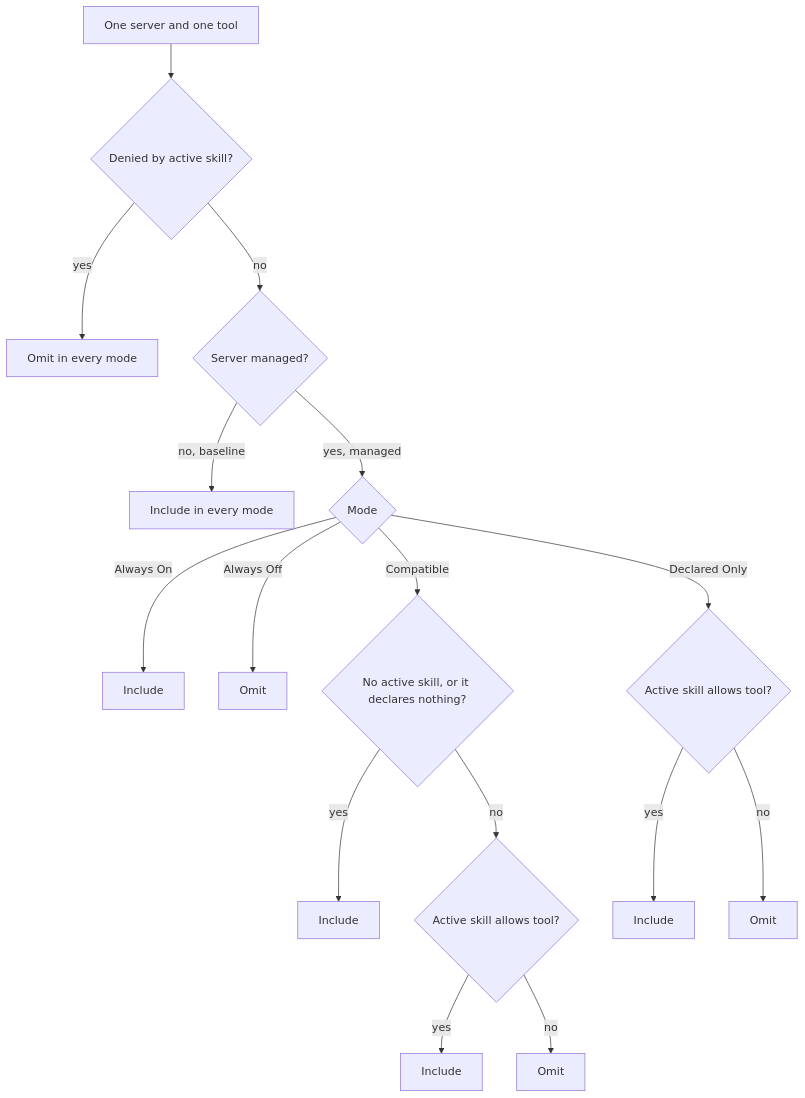
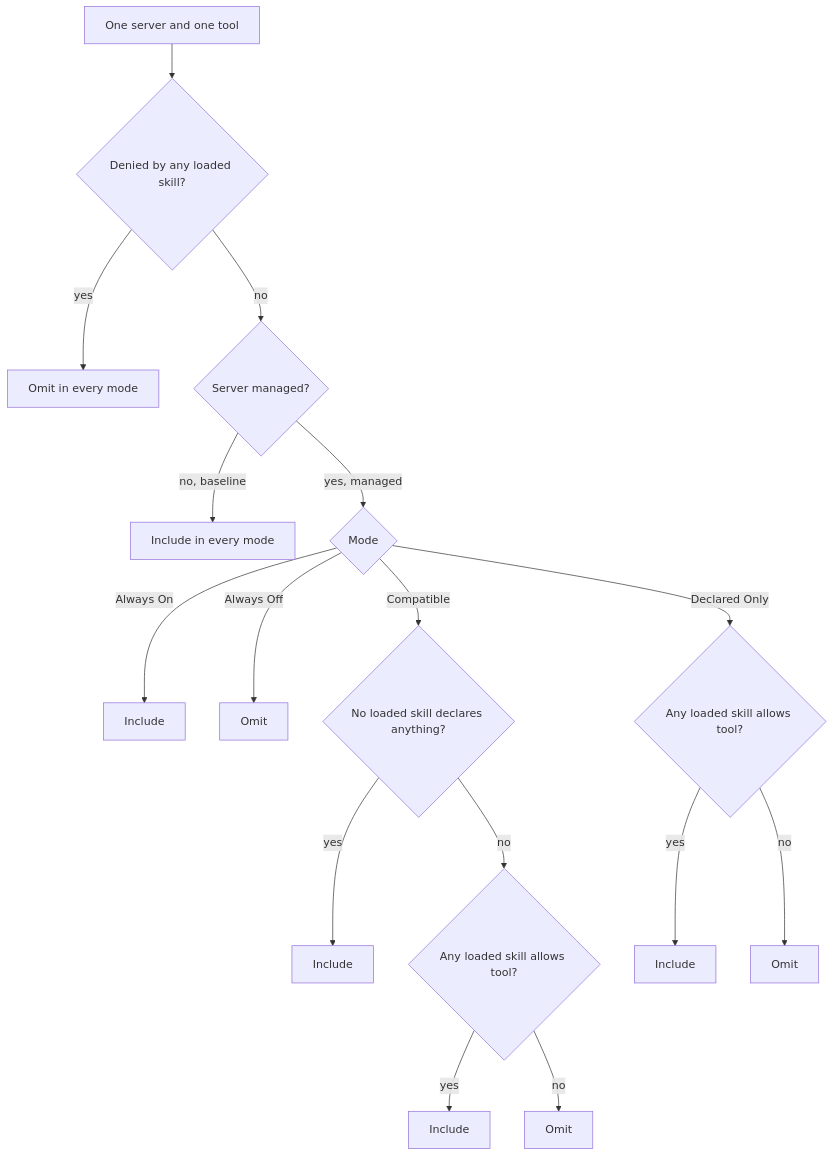
One commit to rcamarda390/cline changed the first of 3 diagrams in docs/features/optional-mcp-tools-how-it-works.mdx. Above: the diagram before and after it, drawn with Mermaid. The commit also changed other lines of this file and 17 other files, not shown here.

````diff
--- a/docs/features/optional-mcp-tools-how-it-works.mdx
+++ b/docs/features/optional-mcp-tools-how-it-works.mdx
@@ -86,18 +86,18 @@
 ```mermaid
 flowchart TD
-    A["One server and one tool"] --> B{"Denied by active skill?"}
+    A["One server and one tool"] --> B{"Denied by any loaded skill?"}
     B -- yes --> X1["Omit in every mode"]
     B -- no --> C{"Server managed?"}
     C -- "no, baseline" --> I0["Include in every mode"]
     C -- "yes, managed" --> D{"Mode"}
     D -- "Always On" --> I1["Include"]
     D -- "Always Off" --> X2["Omit"]
-    D -- "Compatible" --> E{"No active skill, or it declares nothing?"}
+    D -- "Compatible" --> E{"No loaded skill declares anything?"}
     E -- yes --> I2["Include"]
-    E -- no --> F{"Active skill allows tool?"}
+    E -- no --> F{"Any loaded skill allows tool?"}
     F -- yes --> I3["Include"]
     F -- no --> X3["Omit"]
-    D -- "Declared Only" --> G{"Active skill allows tool?"}
+    D -- "Declared Only" --> G{"Any loaded skill allows tool?"}
     G -- yes --> I4["Include"]
     G -- no --> X4["Omit"]
 ```
````
